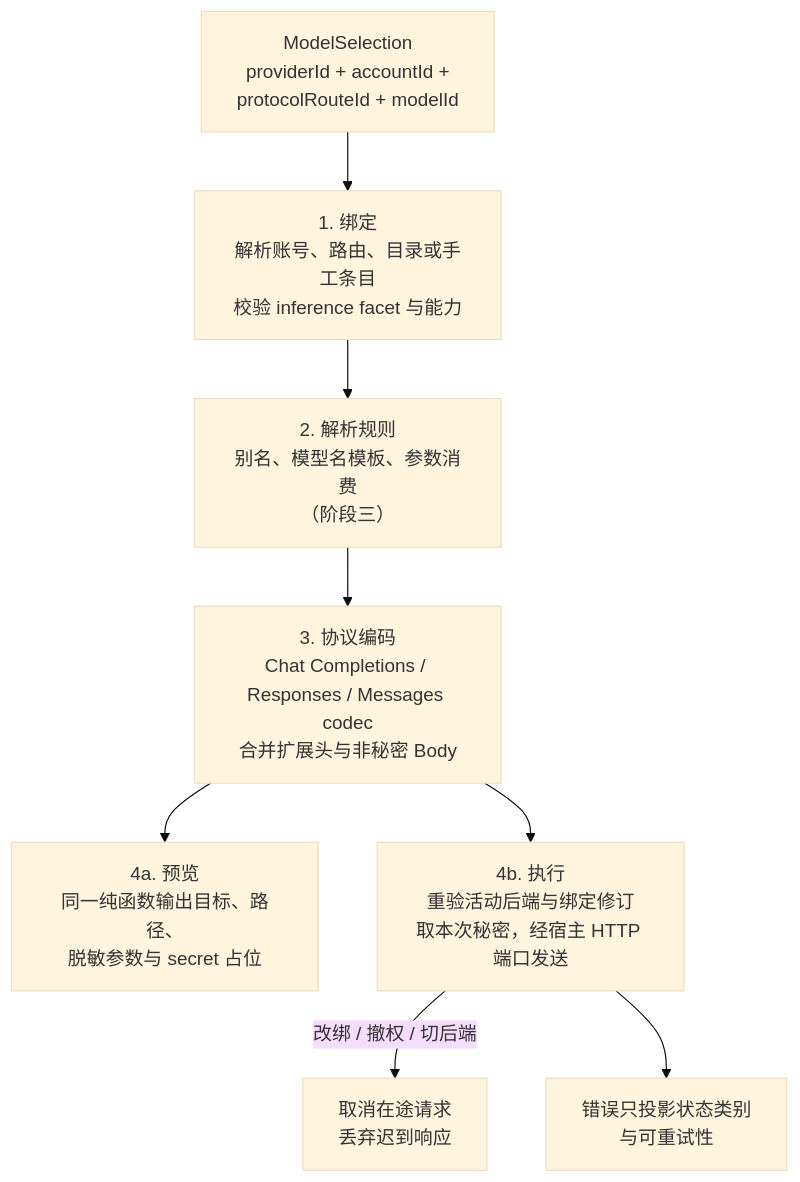
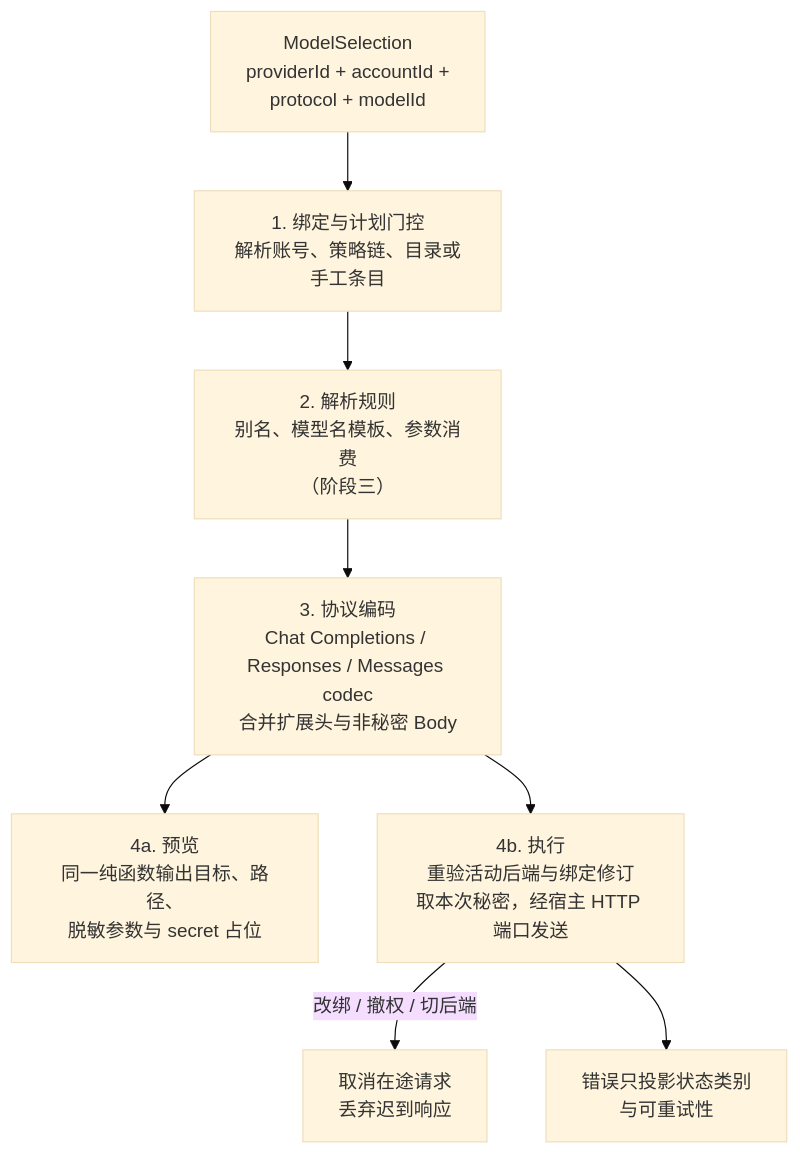
One commit to SwingCosmic/astra-conductor changed the diagram in docs/common/core/provider/core-design.md. Above: the diagram before and after it, drawn with Mermaid (base theme). The commit also changed other lines of this file and 156 other files, not shown here.

````diff
--- a/docs/common/core/provider/core-design.md
+++ b/docs/common/core/provider/core-design.md
@@ -384,10 +408,10 @@
 ```mermaid
 flowchart TD
-  S["ModelSelection<br/>providerId + accountId +<br/>protocolRouteId + modelId"] --> B["1. 绑定<br/>解析账号、路由、目录或手工条目<br/>校验 inference facet 与能力"]
+  S["ModelSelection<br/>providerId + accountId +<br/>protocol + modelId"] --> B["1. 绑定与计划门控<br/>解析账号、策略链、目录或手工条目"]
   B --> R["2. 解析规则<br/>别名、模型名模板、参数消费<br/>（阶段三）"]
   R --> E["3. 协议编码<br/>Chat Completions / Responses / Messages codec<br/>合并扩展头与非秘密 Body"]
   E --> P["4a. 预览<br/>同一纯函数输出目标、路径、<br/>脱敏参数与 secret 占位"]
   E --> X["4b. 执行<br/>重验活动后端与绑定修订<br/>取本次秘密，经宿主 HTTP 端口发送"]
   X -->|改绑 / 撤权 / 切后端| A["取消在途请求<br/>丢弃迟到响应"]
   X --> N["错误只投影状态类别<br/>与可重试性"]
 ```
````
